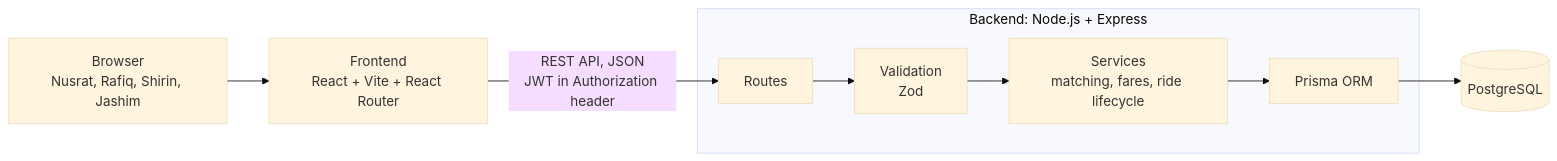
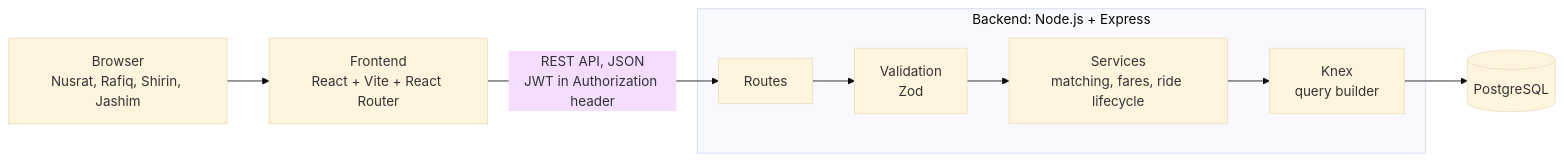
The diagram in docs/architecture.md (hossainshad/dhaka-tesla-pool), drawn with Mermaid (base theme) before and after one commit. The commit also changed other lines of this file and 1 other file, not shown here.

Commit message:
chore(backend): set up node project with knex and pg

````diff
--- a/docs/architecture.md
+++ b/docs/architecture.md
@@ -5,13 +5,13 @@
 ```mermaid
 flowchart LR
     U["Browser<br/>Nusrat, Rafiq, Shirin, Jashim"] --> FE["Frontend<br/>React + Vite + React Router"]
     FE -->|"REST API, JSON<br/>JWT in Authorization header"| R
 
     subgraph API["Backend: Node.js + Express"]
         R["Routes"] --> V["Validation<br/>Zod"]
         V --> S["Services<br/>matching, fares, ride lifecycle"]
-        S --> P["Prisma ORM"]
+        S --> P["Knex<br/>query builder"]
     end
 
     P --> DB[("PostgreSQL")]
 ```
````
